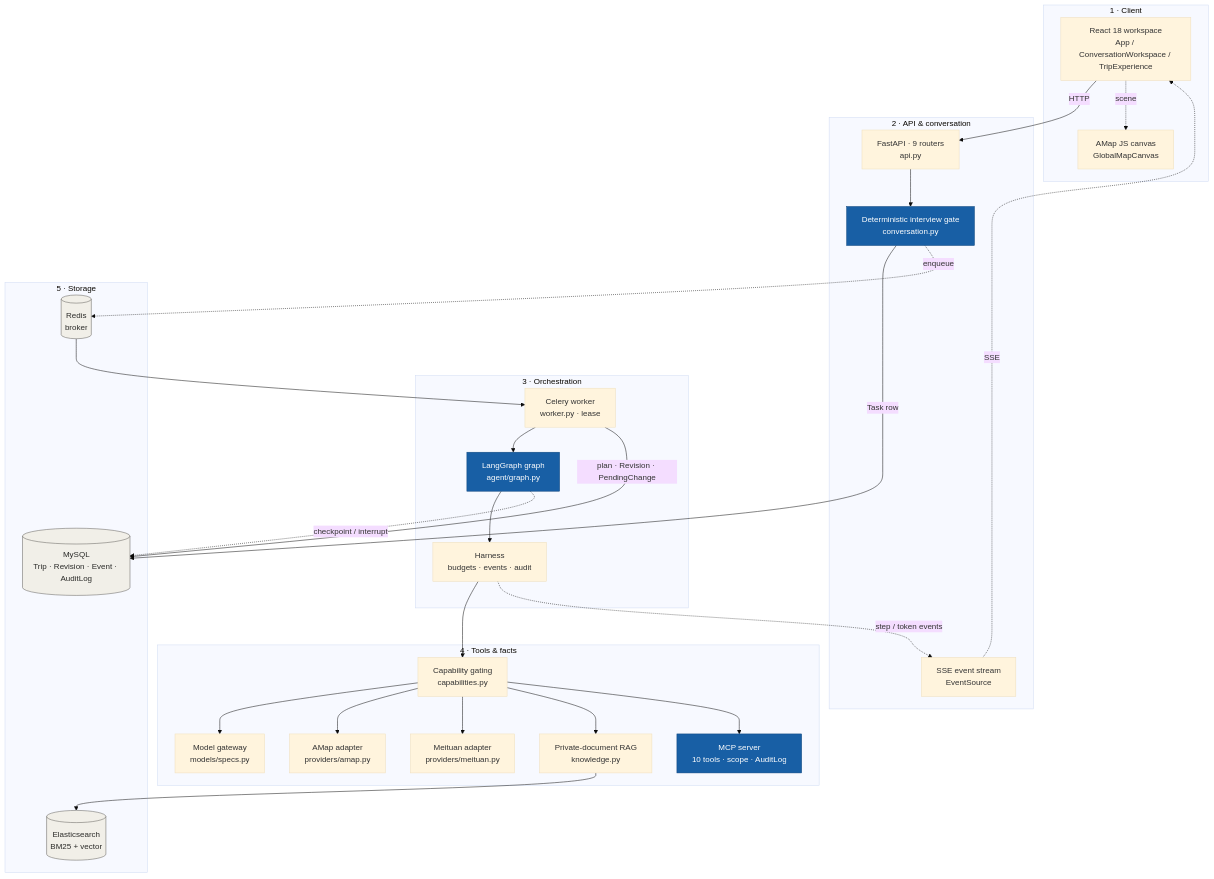
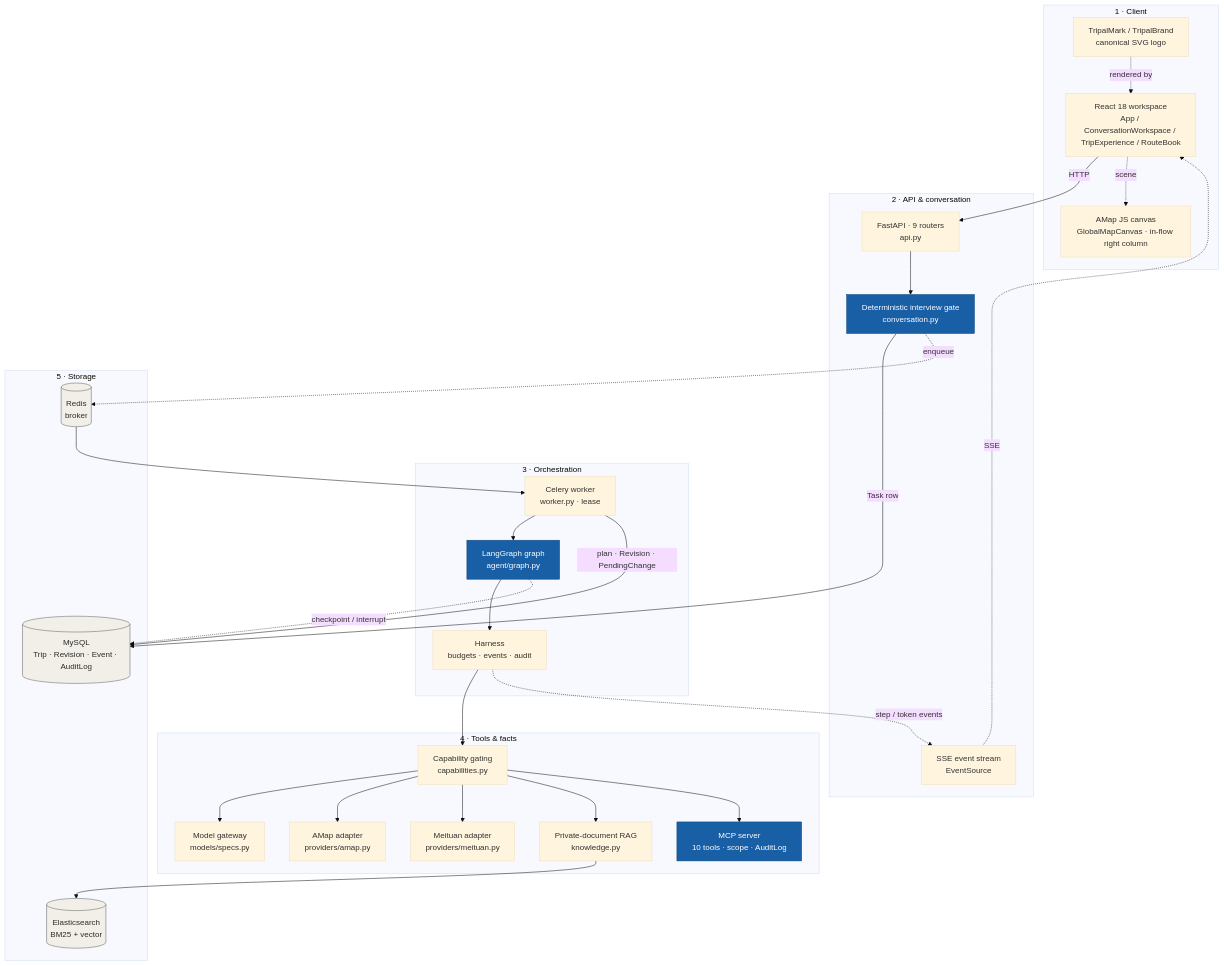
One commit to JingleiCui/TripPal changed the first of 4 diagrams in README.md. Above: the diagram before and after it, drawn with Mermaid (base theme). The commit also changed other lines of this file and 2 other files, not shown here.

````diff
--- a/README.md
+++ b/README.md
@@ -120,49 +150,51 @@
 ```mermaid
 flowchart TB
   subgraph L1["1 · Client"]
-    UI["React 18 workspace<br/>App / ConversationWorkspace / TripExperience"]
-    MAP["AMap JS canvas<br/>GlobalMapCanvas"]
+    UI["React 18 workspace<br/>App / ConversationWorkspace / TripExperience / RouteBook"]
+    MAP["AMap JS canvas<br/>GlobalMapCanvas · in-flow right column"]
+    BRAND["TripalMark / TripalBrand<br/>canonical SVG logo"]
   end
   subgraph L2["2 · API & conversation"]
     GATE["Deterministic interview gate<br/>conversation.py"]
     API["FastAPI · 9 routers<br/>api.py"]
     SSE["SSE event stream<br/>EventSource"]
   end
   subgraph L3["3 · Orchestration"]
     W["Celery worker<br/>worker.py · lease"]
     GRAPH["LangGraph graph<br/>agent/graph.py"]
     H["Harness<br/>budgets · events · audit"]
   end
   subgraph L4["4 · Tools & facts"]
     GW["Model gateway<br/>models/specs.py"]
     AM["AMap adapter<br/>providers/amap.py"]
     MT["Meituan adapter<br/>providers/meituan.py"]
     KB["Private-document RAG<br/>knowledge.py"]
     MCP["MCP server<br/>10 tools · scope · AuditLog"]
     CAP["Capability gating<br/>capabilities.py"]
   end
   subgraph L5["5 · Storage"]
     MY[("MySQL<br/>Trip · Revision · Event · AuditLog")]
     RD[("Redis<br/>broker")]
     ES[("Elasticsearch<br/>BM25 + vector")]
   end
   UI -->|HTTP| API
   UI -.->|scene| MAP
+  BRAND -.->|rendered by| UI
   API --> GATE
   GATE -->|Task row| MY
   GATE -.->|enqueue| RD
   RD --> W
   W --> GRAPH
   GRAPH --> H
   H --> CAP
   CAP --> GW & AM & MT & KB & MCP
   KB --> ES
   W -->|plan · Revision · PendingChange| MY
   H -.->|step / token events| SSE
   SSE -.->|SSE| UI
   GRAPH -.->|checkpoint / interrupt| MY
   classDef accent fill:#185FA5,stroke:#0C447C,color:#FFFFFF
   classDef storage fill:#F1EFE8,stroke:#5F5E5A,color:#2C2C2A
   class GATE,GRAPH,MCP accent
   class MY,RD,ES storage
 ```
````
